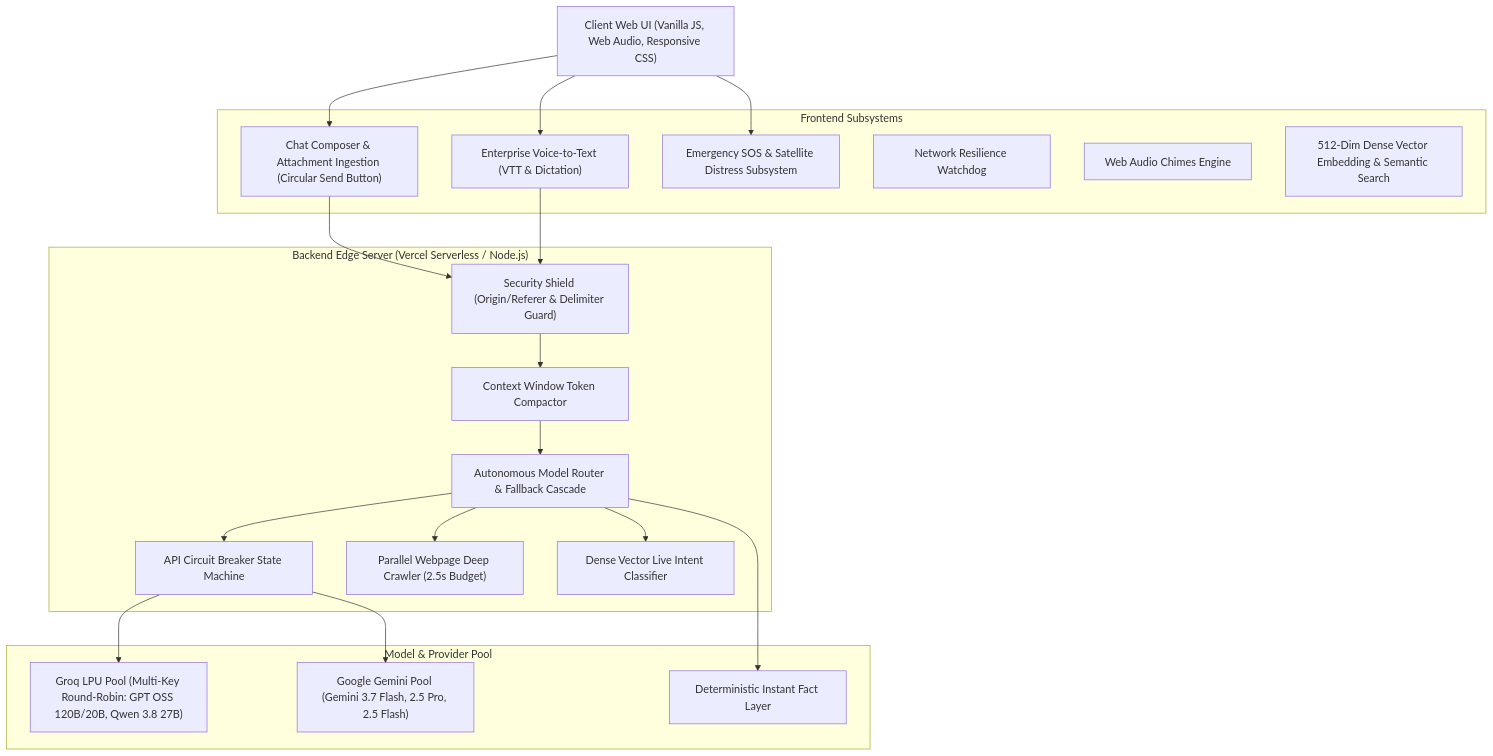
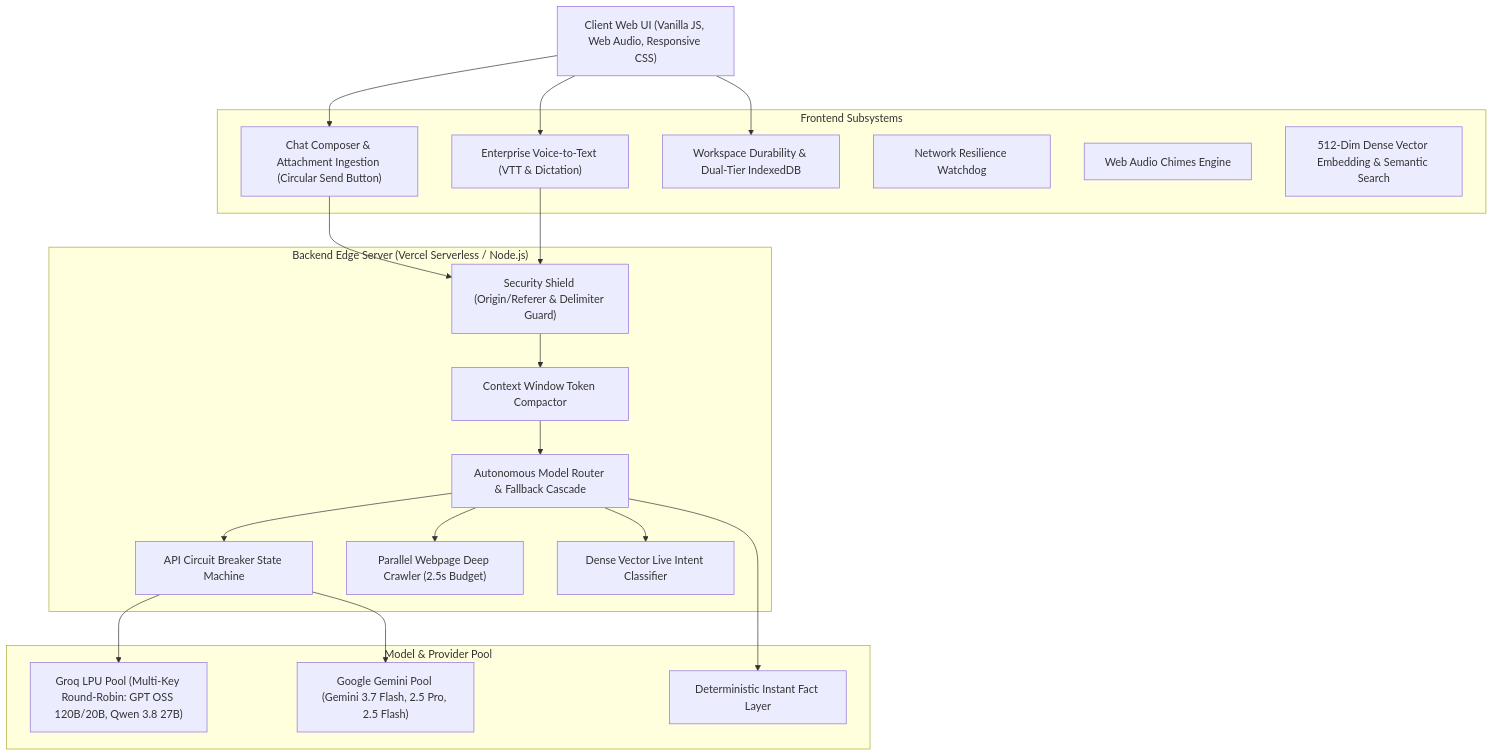
One commit to PrithvirajuVenkataraman/JARVIS changed the first of 7 diagrams in SYSTEM_DESIGN.md. Above: the diagram before and after it, drawn with Mermaid. The commit also changed other lines of this file, not shown here.

````diff
--- a/SYSTEM_DESIGN.md
+++ b/SYSTEM_DESIGN.md
@@ -9,42 +9,42 @@
 ```mermaid
-graph TD
+flowchart TD
     Client["Client Web UI (Vanilla JS, Web Audio, Responsive CSS)"]
     
-    subgraph Frontend["Frontend Subsystems"]
+    subgraph Frontend ["Frontend Subsystems"]
         ChatComposer["Chat Composer & Attachment Ingestion (Circular Send Button)"]
         VTTController["Enterprise Voice-to-Text (VTT & Dictation)"]
-        EmergencySosSubsystem["Emergency SOS & Satellite Distress Subsystem"]
+        DurabilitySubsystem["Workspace Durability & Dual-Tier IndexedDB"]
         OfflineWatchdog["Network Resilience Watchdog"]
         AudioHaptics["Web Audio Chimes Engine"]
         VectorEngine["512-Dim Dense Vector Embedding & Semantic Search"]
     end
 
-    subgraph Backend["Backend Edge Server (Vercel Serverless / Node.js)"]
+    subgraph Backend ["Backend Edge Server (Vercel Serverless / Node.js)"]
         SecurityShield["Security Shield (Origin/Referer & Delimiter Guard)"]
         ContextCompactor["Context Window Token Compactor"]
         IntentRouter["Autonomous Model Router & Fallback Cascade"]
         CircuitBreaker["API Circuit Breaker State Machine"]
         DeepCrawler["Parallel Webpage Deep Crawler (2.5s Budget)"]
         LiveClassifier["Dense Vector Live Intent Classifier"]
     end
 
-    subgraph Models["Model & Provider Pool"]
+    subgraph Models ["Model & Provider Pool"]
         GroqPool["Groq LPU Pool (Multi-Key Round-Robin: GPT OSS 120B/20B, Qwen 3.8 27B)"]
         GeminiPool["Google Gemini Pool (Gemini 3.7 Flash, 2.5 Pro, 2.5 Flash)"]
         DeterministicFacts["Deterministic Instant Fact Layer"]
     end
 
     Client --> ChatComposer
     Client --> VTTController
-    Client --> EmergencySosSubsystem
+    Client --> DurabilitySubsystem
     ChatComposer --> SecurityShield
     VTTController --> SecurityShield
     SecurityShield --> ContextCompactor
     ContextCompactor --> IntentRouter
     IntentRouter --> CircuitBreaker
     IntentRouter --> DeepCrawler
     IntentRouter --> LiveClassifier
     CircuitBreaker --> GroqPool
     CircuitBreaker --> GeminiPool
     IntentRouter --> DeterministicFacts
 ```
````
